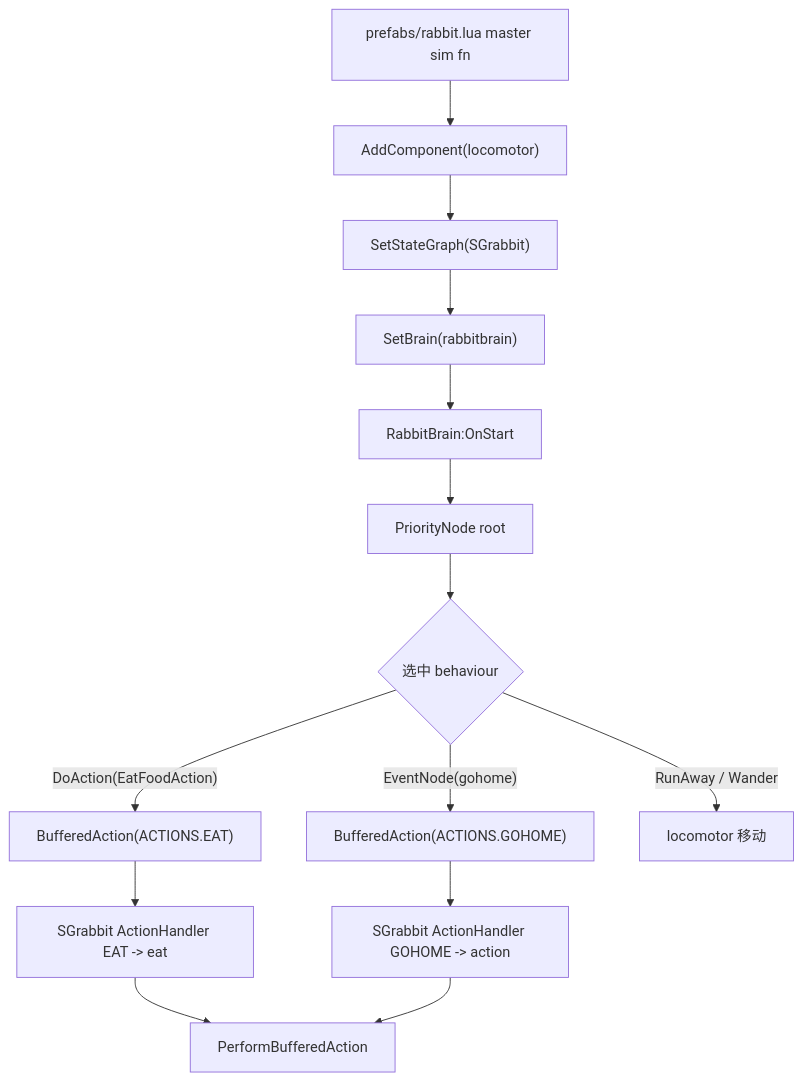
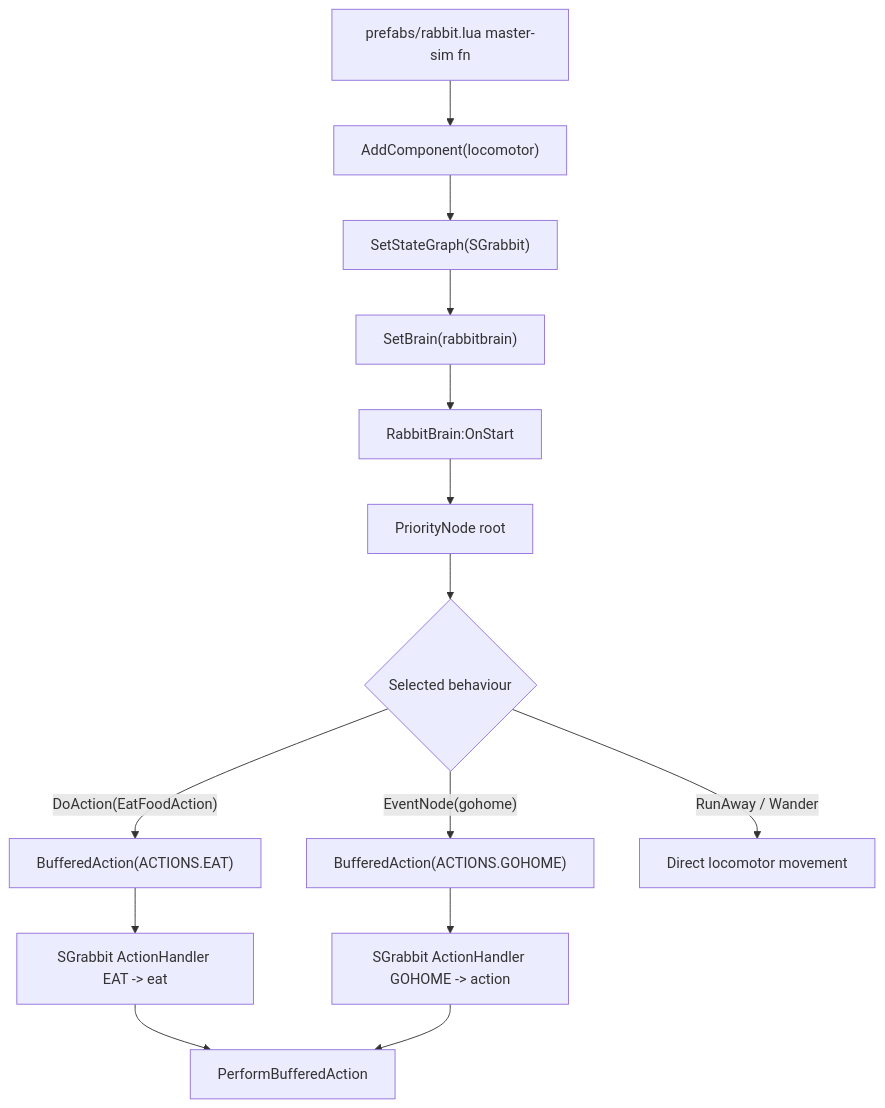
The diagram in dst-scripts/index/0x4000-ai-animation/0x4300-tracing/0x4301-ai-examples.md (LetsStarveTogether/dst-server), drawn with Mermaid before and after one commit. The commit also changed other lines of this file and 83 other files, not shown here.

```diff
--- a/dst-scripts/index/0x4000-ai-animation/0x4300-tracing/0x4301-ai-examples.md
+++ b/dst-scripts/index/0x4000-ai-animation/0x4300-tracing/0x4301-ai-examples.md
@@ -59,17 +55,17 @@
 ~~~mermaid
 flowchart TD
-    A["prefabs/rabbit.lua master sim fn"]
+    A["prefabs/rabbit.lua master-sim fn"]
     A --> B["AddComponent(locomotor)"]
     B --> C["SetStateGraph(SGrabbit)"]
     C --> D["SetBrain(rabbitbrain)"]
     D --> E["RabbitBrain:OnStart"]
     E --> F["PriorityNode root"]
-    F --> G{"选中 behaviour"}
+    F --> G{"Selected behaviour"}
     G -- "DoAction(EatFoodAction)" --> H["BufferedAction(ACTIONS.EAT)"]
     G -- "EventNode(gohome)" --> I["BufferedAction(ACTIONS.GOHOME)"]
-    G -- "RunAway / Wander" --> J["locomotor 移动"]
+    G -- "RunAway / Wander" --> J["Direct locomotor movement"]
     H --> K["SGrabbit ActionHandler EAT -> eat"]
     I --> L["SGrabbit ActionHandler GOHOME -> action"]
     K --> M["PerformBufferedAction"]
     L --> M
 ~~~
```
